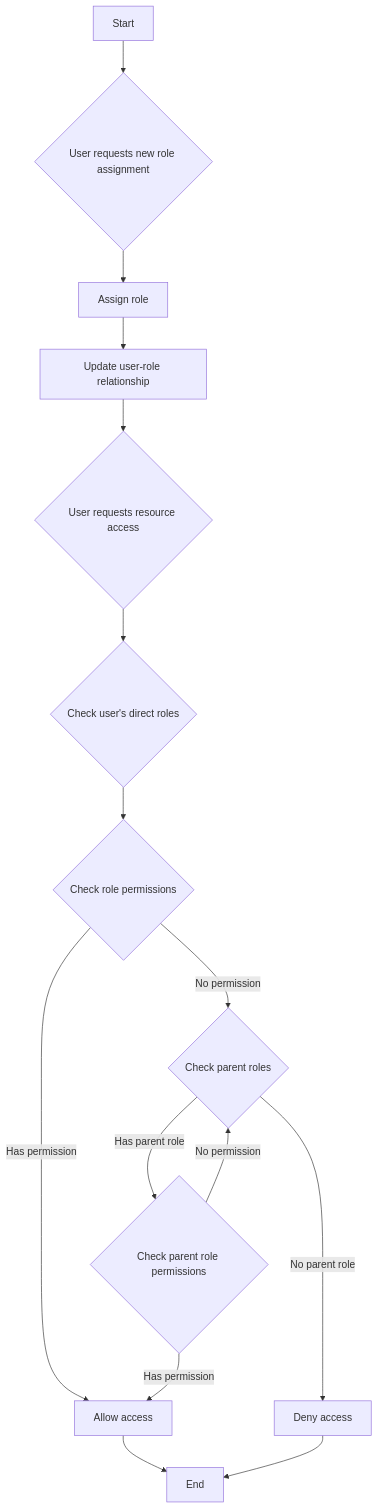
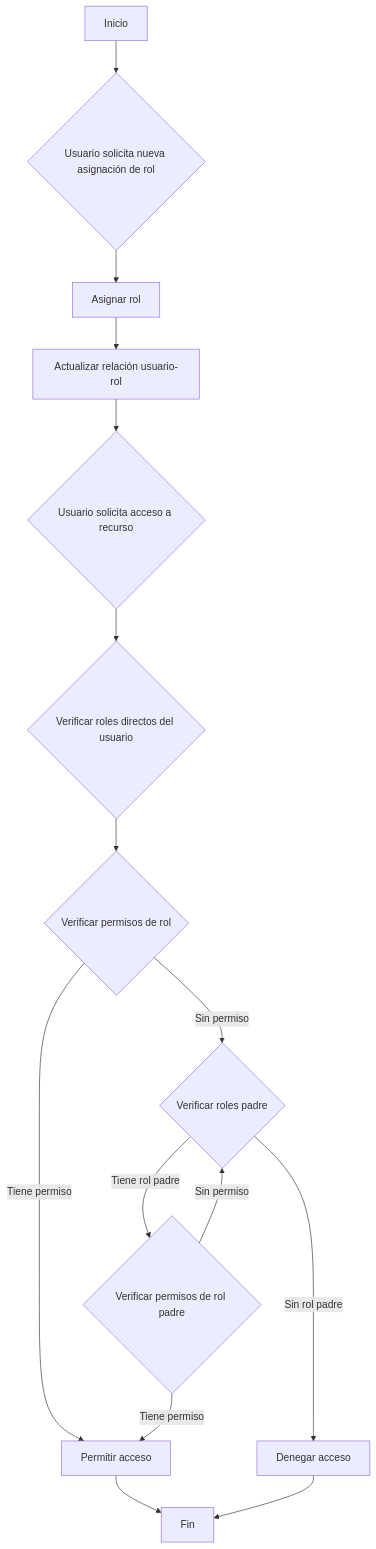
One commit to logto-io/auth-wiki changed the third of 4 diagrams in src/content/terms/es/rbac.mdx. Above: the diagram before and after it, drawn with Mermaid. The commit also changed other lines of this file and 98 other files, not shown here.

````diff
--- a/src/content/terms/es/rbac.mdx
+++ b/src/content/terms/es/rbac.mdx
@@ -113,17 +218,17 @@
 ```mermaid
 graph TD
-    A[Start] --> B{User requests new role assignment}
-    B --> C[Assign role]
-    C --> D[Update user-role relationship]
-    D --> E{User requests resource access}
-    E --> F{Check user's direct roles}
-    F --> G{Check role permissions}
-    G -->|No permission| H{Check parent roles}
-    G -->|Has permission| K[Allow access]
-    H -->|Has parent role| I{Check parent role permissions}
-    H -->|No parent role| J[Deny access]
-    I -->|Has permission| K
-    I -->|No permission| H
-    K --> L[End]
+    A[Inicio] --> B{Usuario solicita nueva asignación de rol}
+    B --> C[Asignar rol]
+    C --> D[Actualizar relación usuario-rol]
+    D --> E{Usuario solicita acceso a recurso}
+    E --> F{Verificar roles directos del usuario}
+    F --> G{Verificar permisos de rol}
+    G -->|Sin permiso| H{Verificar roles padre}
+    G -->|Tiene permiso| K[Permitir acceso]
+    H -->|Tiene rol padre| I{Verificar permisos de rol padre}
+    H -->|Sin rol padre| J[Denegar acceso]
+    I -->|Tiene permiso| K
+    I -->|Sin permiso| H
+    K --> L[Fin]
     J --> L
 ```
````
